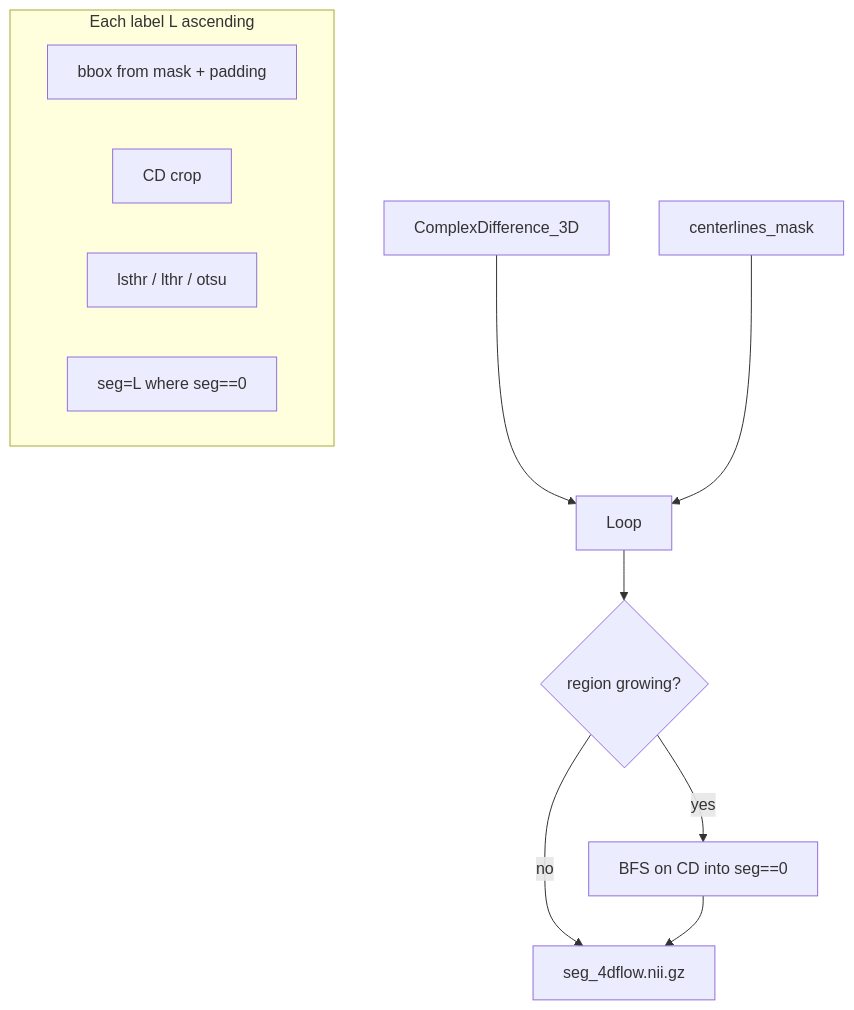
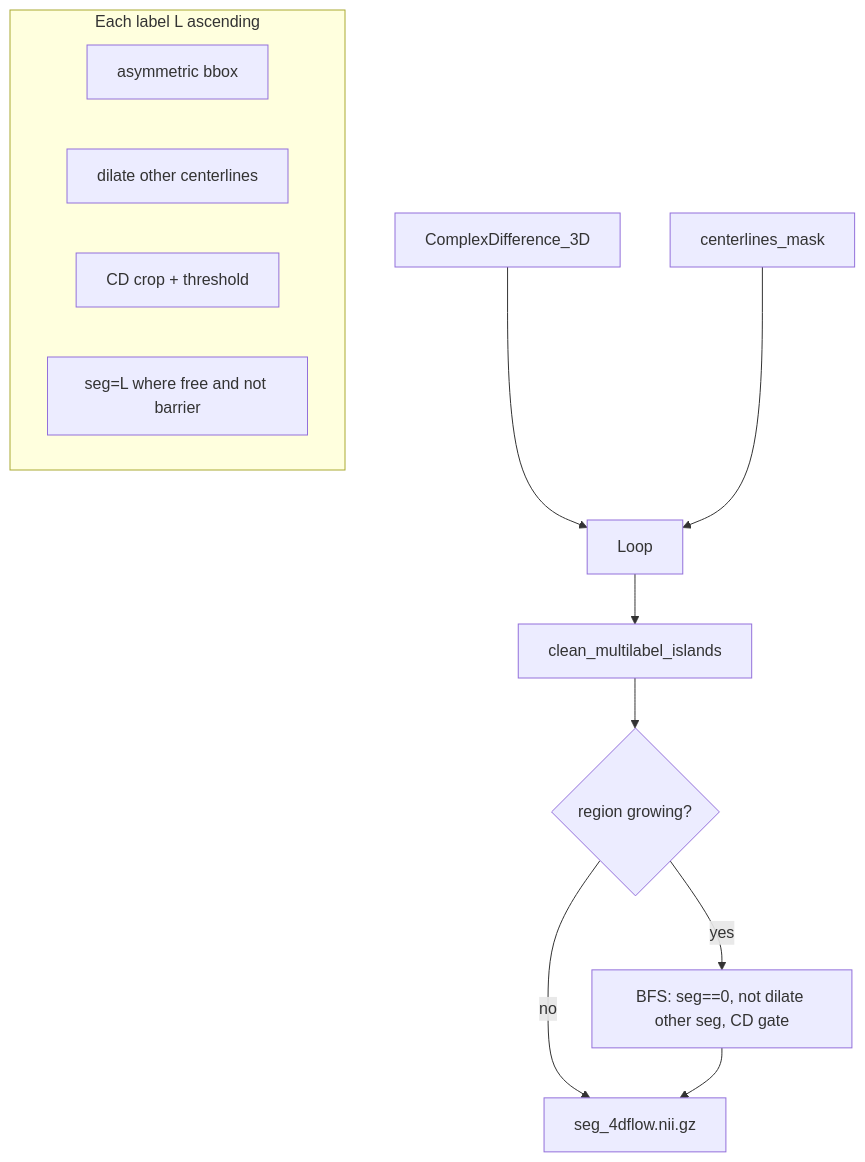
One commit to CNIC-Neuroimaging/Nvitk changed the third of 3 diagrams in notebooks/reports/qvtpy/methods.md. Above: the diagram before and after it, drawn with Mermaid. The commit also changed other lines of this file and 6 other files, not shown here.

````diff
--- a/notebooks/reports/qvtpy/methods.md
+++ b/notebooks/reports/qvtpy/methods.md
@@ -377,15 +390,16 @@
 ```mermaid
 flowchart TB
   CD[ComplexDifference_3D] --> Loop
   CLM[centerlines_mask] --> Loop
   subgraph perLabel [Each label L ascending]
-    BBox[bbox from mask + padding]
-    Crop[CD crop]
-    Thr[lsthr / lthr / otsu]
-    Paste["seg=L where seg==0"]
+    BBox[asymmetric bbox]
+    BarrierCL[dilate other centerlines]
+    Crop[CD crop + threshold]
+    Paste["seg=L where free and not barrier"]
   end
-  Loop --> RG{region growing?}
-  RG -->|yes| Grow[BFS on CD into seg==0]
+  Loop --> Clean[clean_multilabel_islands]
+  Clean --> RG{region growing?}
+  RG -->|yes| Grow["BFS: seg==0, not dilate other seg, CD gate"]
   RG -->|no| Out[seg_4dflow.nii.gz]
   Grow --> Out
 ```
````
